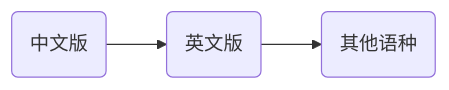
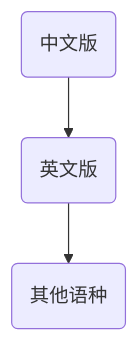
One commit to wongyah/docsimpo.work changed the diagram in blog/_posts/2020-12-29-technical-documentation-process-in-huawei.md. Above: the diagram before and after it, drawn with Mermaid. The commit also changed 9 other files, not shown here.

```diff
--- a/blog/_posts/2020-12-29-technical-documentation-process-in-huawei.md
+++ b/blog/_posts/2020-12-29-technical-documentation-process-in-huawei.md
@@ -23,5 +23,5 @@
-<div class="mermaid">
-graph LR;
-  A(中文版)-->B(英文版);
-  B(英文版)-->C(其他语种);
-</div>
+<pre class="mermaid">
+flowchart TD
+  A(中文版)-->B(英文版)
+  B(英文版)-->C(其他语种)
+</pre>
```
